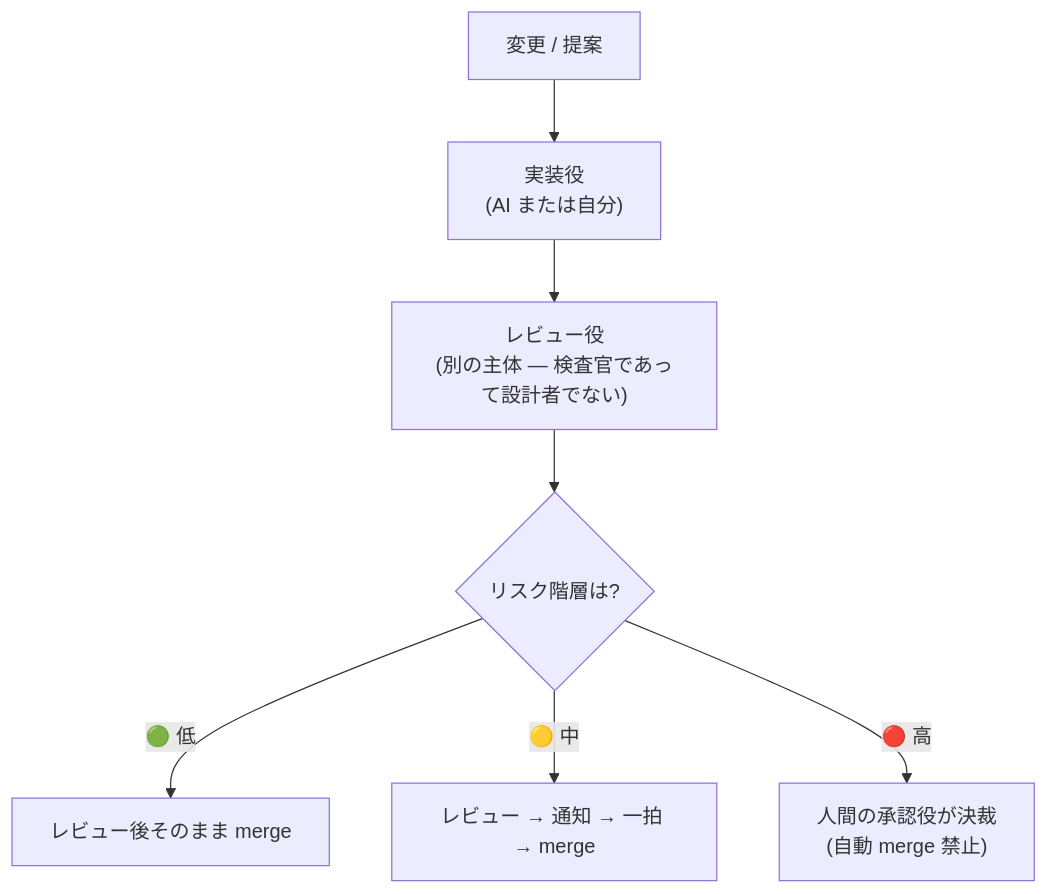
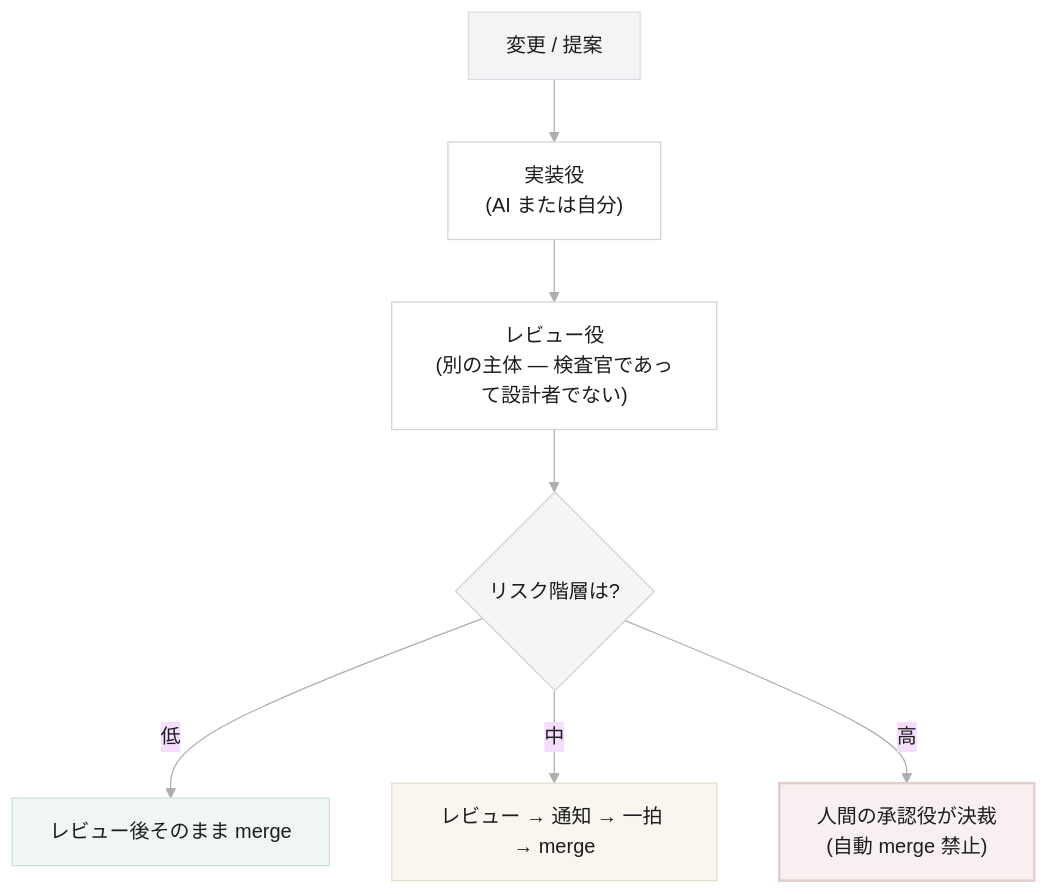
One commit to shiyamaz/qorum-method changed the diagram in README.ja.md. Above: the diagram before and after it, drawn with Mermaid. The commit also changed 2 other files, not shown here.

Commit message:
Refine the diagram to the brand design system (Apple HIG / washed tiers)
Light-mode, flat, monochrome structure with the 3 risk tiers as the only color
(washed callout tones: green/amber/red), High emphasized. Per the vault design
guideline.

- docs/assets/qorum-flow.svg: standalone diagram (1080x1350, LinkedIn-ready)
- README.md / README.ja.md: theme the in-repo Mermaid to the same palette
  (init themeVariables + classDef per tier; drop emoji for restraint)

````diff
--- a/README.ja.md
+++ b/README.ja.md
@@ -42,9 +42,22 @@
 ```mermaid
+%%{init: {'theme':'base','themeVariables':{'fontFamily':'-apple-system, SF Pro Text, Hiragino Sans, sans-serif','lineColor':'#aeaeb2','primaryTextColor':'#1d1d1f','primaryBorderColor':'#d2d2d7'}}}%%
 flowchart TD
     C["変更 / 提案"] --> I["実装役<br/>(AI または自分)"]
     I --> R["レビュー役<br/>(別の主体 — 検査官であって設計者でない)"]
     R --> T{"リスク階層は?"}
-    T -->|"🟢 低"| L["レビュー後そのまま merge"]
-    T -->|"🟡 中"| M["レビュー → 通知 → 一拍 → merge"]
-    T -->|"🔴 高"| H["人間の承認役が決裁<br/>(自動 merge 禁止)"]
+    T -->|"低"| L["レビュー後そのまま merge"]
+    T -->|"中"| M["レビュー → 通知 → 一拍 → merge"]
+    T -->|"高"| H["人間の承認役が決裁<br/>(自動 merge 禁止)"]
+    classDef start fill:#f4f4f6,stroke:#dcdce0,color:#1d1d1f
+    classDef role fill:#ffffff,stroke:#d2d2d7,color:#1d1d1f
+    classDef dec fill:#f5f5f7,stroke:#d2d2d7,color:#1d1d1f
+    classDef low fill:#f0f6f2,stroke:#cde0d4,color:#1d1d1f
+    classDef med fill:#f8f6ee,stroke:#e4dfc8,color:#1d1d1f
+    classDef high fill:#f8f0f0,stroke:#e4cdcd,color:#1d1d1f,stroke-width:2px
+    class C start
+    class I,R role
+    class T dec
+    class L low
+    class M med
+    class H high
 ```
````
